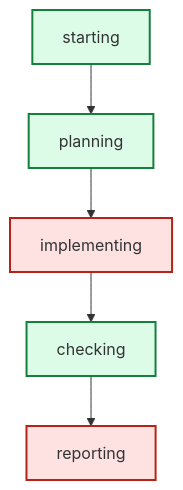
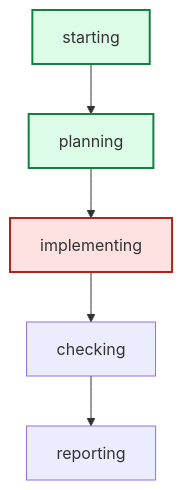
The diagram in latest/graph.mmd (daniell0gda/hermes-feature-check-dashboard), drawn with Mermaid before and after one commit. The commit also changed 37 other files, not shown here.

```diff
--- a/latest/graph.mmd
+++ b/latest/graph.mmd
@@ -1,14 +1,12 @@
 graph TD
     starting --> planning
     planning --> implementing
     implementing --> checking
     checking --> reporting
 
 classDef done fill:#dcfce7,stroke:#15803d,stroke-width:2px;
 classDef active fill:#dbeafe,stroke:#2563eb,stroke-width:3px;
 classDef failed fill:#fee2e2,stroke:#b42318,stroke-width:2px;
 class implementing failed;
+class planning done;
 class starting done;
-class reporting failed;
-class planning done;
-class checking done;
```
